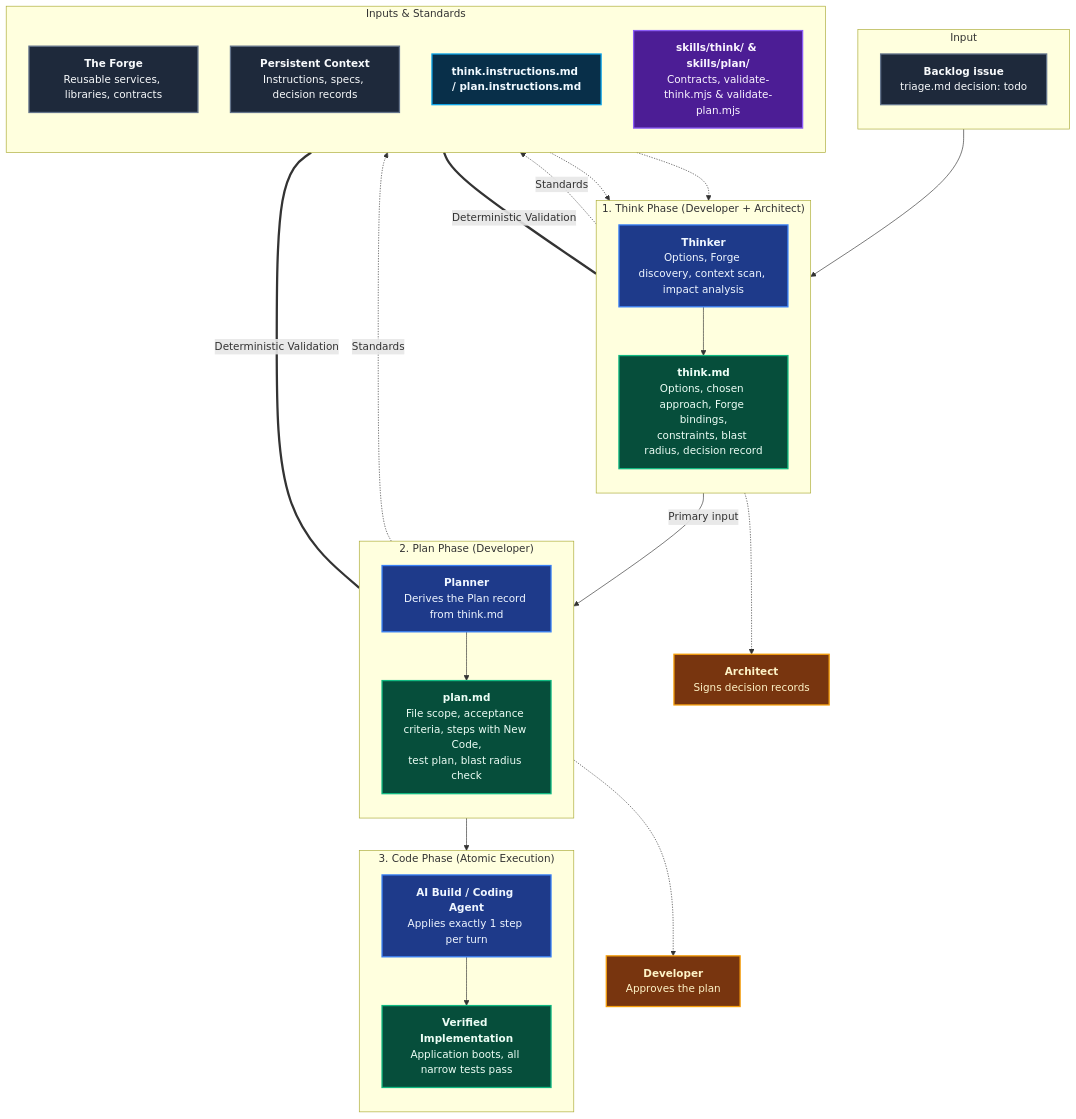
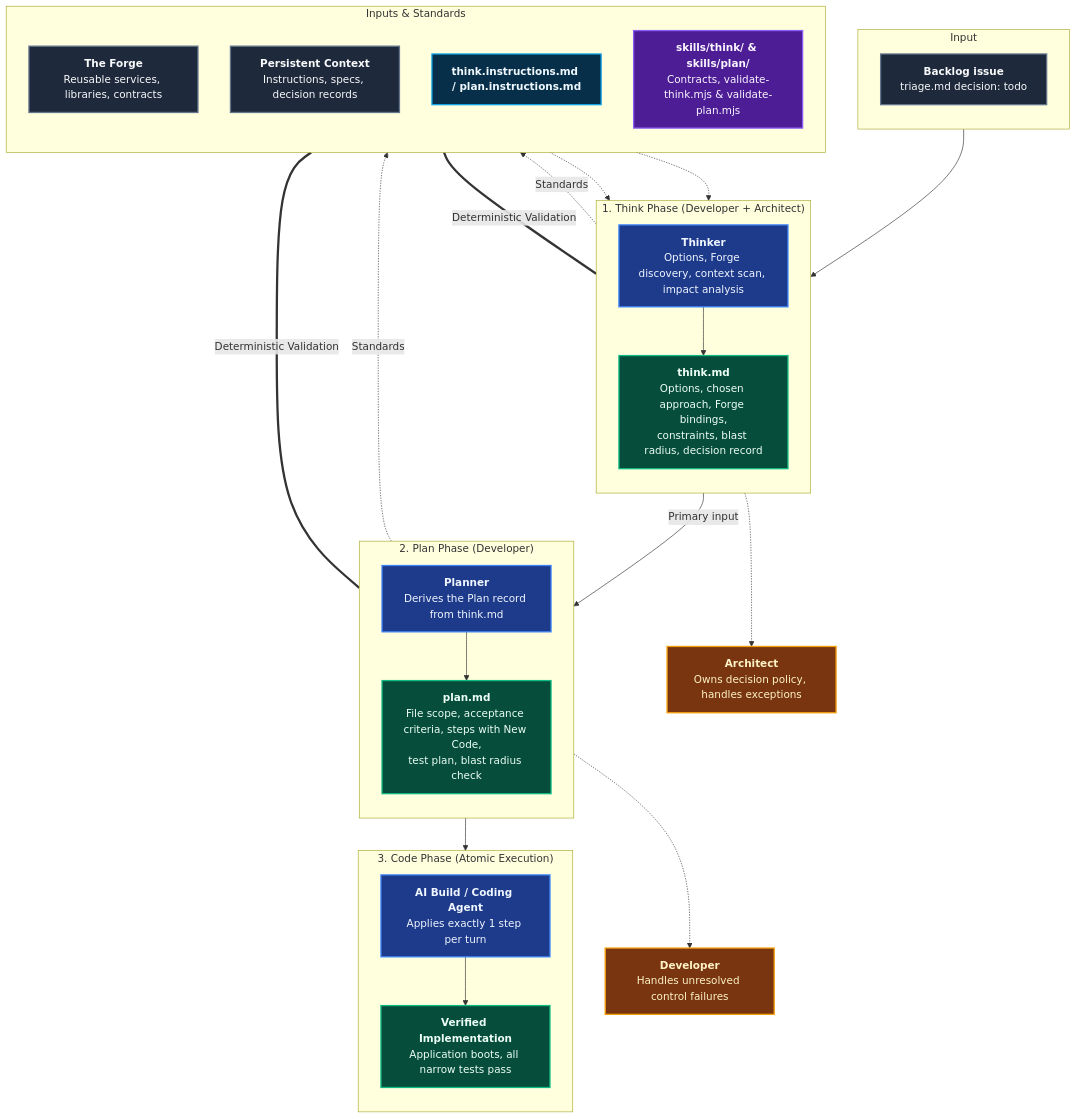
Before and after one commit to ALTEN-group/coding-pal: the first of 2 diagrams in website/docs/guide/domain-think-plan.md, drawn with Mermaid. The commit also changed other lines of this file and 45 other files, not shown here.

````diff
--- a/website/docs/guide/domain-think-plan.md
+++ b/website/docs/guide/domain-think-plan.md
@@ -11,68 +11,68 @@
 ```mermaid
 ---
 caption: Backlog Issue to Specifications (Triage -> Think -> Plan -> Code)
 ---
 flowchart TD
     subgraph Phase0 ["Input"]
         direction TB
         TRI["<b>Backlog issue</b><br/>triage.md decision: todo"]
     end
 
     subgraph Phase1 ["1. Think Phase (Developer + Architect)"]
         direction TB
         AG_THINK["<b>Thinker</b><br/>Options, Forge discovery, context scan, impact analysis"]
         THINK_DOC["<b>think.md</b><br/>Options, chosen approach, Forge bindings,<br/>constraints, blast radius, decision record"]
         AG_THINK --> THINK_DOC
     end
 
     subgraph Phase2 ["2. Plan Phase (Developer)"]
         direction TB
         AG_PLAN["<b>Planner</b><br/>Derives the Plan record from think.md"]
         PLAN_DOC["<b>plan.md</b><br/>File scope, acceptance criteria, steps with New Code,<br/>test plan, blast radius check"]
         AG_PLAN --> PLAN_DOC
     end
 
     subgraph Phase3 ["3. Code Phase (Atomic Execution)"]
         direction TB
         BUILD_AG["<b>AI Build / Coding Agent</b><br/>Applies exactly 1 step per turn"]
         DONE["<b>Verified Implementation</b><br/>Application boots, all narrow tests pass"]
         BUILD_AG --> DONE
     end
 
     subgraph Context ["Inputs & Standards"]
         direction TB
         FORGE["<b>The Forge</b><br/>Reusable services, libraries, contracts"]
         PC["<b>Persistent Context</b><br/>Instructions, specs, decision records"]
         INST_SPEC["<b>think.instructions.md / plan.instructions.md</b>"]
         SKILL_SPEC["<b>skills/think/ &amp; skills/plan/</b><br/>Contracts, validate-think.mjs &amp; validate-plan.mjs"]
     end
 
-    ARCH["<b>Architect</b><br/>Signs decision records"]
-    DEV["<b>Developer</b><br/>Approves the plan"]
+    ARCH["<b>Architect</b><br/>Owns decision policy, handles exceptions"]
+    DEV["<b>Developer</b><br/>Handles unresolved control failures"]
 
     TRI --> AG_THINK
     THINK_DOC -->|"Primary input"| AG_PLAN
     PLAN_DOC --> BUILD_AG
     THINK_DOC -.-> ARCH
     PLAN_DOC -.-> DEV
     FORGE -.-> AG_THINK
     PC -.-> AG_THINK
     AG_THINK -.->|Standards| INST_SPEC
     AG_PLAN -.->|Standards| INST_SPEC
     THINK_DOC ===|Deterministic Validation| SKILL_SPEC
     PLAN_DOC ===|Deterministic Validation| SKILL_SPEC
 
     classDef stage fill:#1e3a8a,stroke:#3b82f6,stroke-width:2px,color:#eff6ff;
     classDef instruction fill:#082f49,stroke:#0ea5e9,stroke-width:2px,color:#f0f9ff;
     classDef skill fill:#4c1d95,stroke:#8b5cf6,stroke-width:2px,color:#faf5ff;
     classDef artifact fill:#064e3b,stroke:#10b981,stroke-width:2px,color:#ecfdf5;
     classDef input fill:#1e293b,stroke:#64748b,stroke-width:2px,color:#f8fafc;
     classDef human fill:#78350f,stroke:#f59e0b,stroke-width:2px,color:#fef3c7;
 
     class TRI,FORGE,PC input;
     class AG_THINK,AG_PLAN,BUILD_AG stage;
     class INST_SPEC instruction;
     class SKILL_SPEC skill;
     class THINK_DOC,PLAN_DOC,DONE artifact;
     class ARCH,DEV human;
 ```
````
